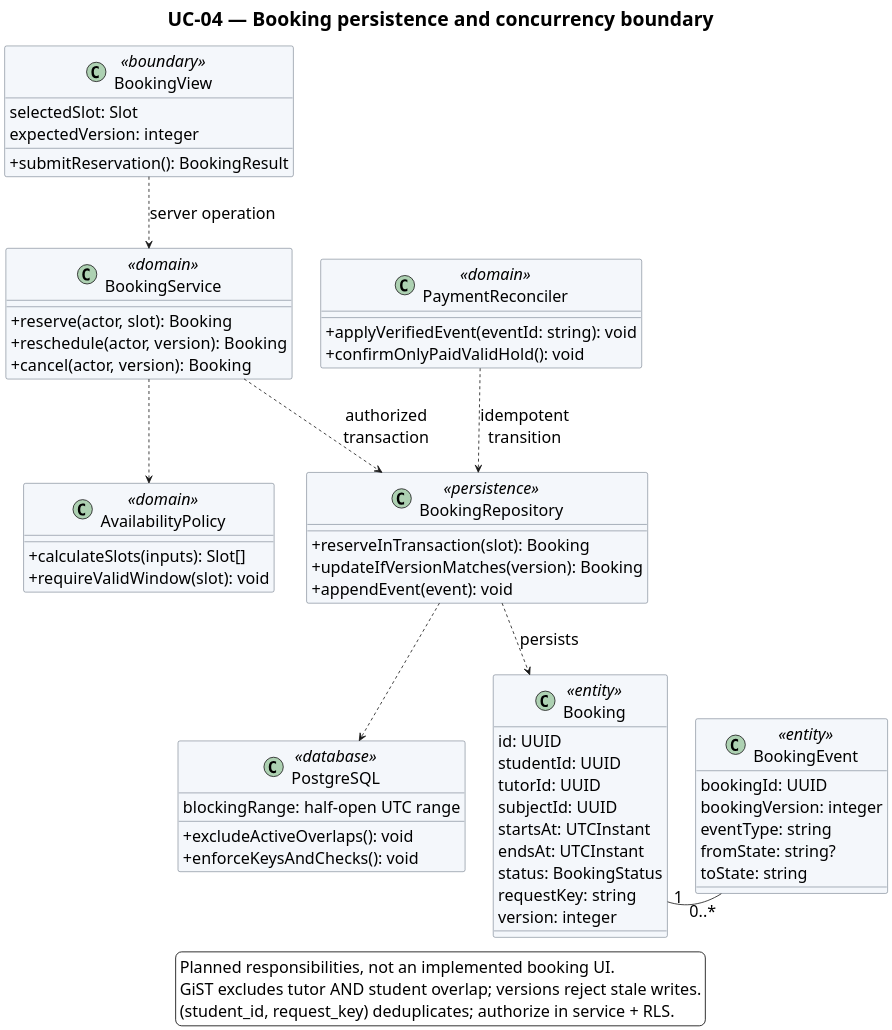
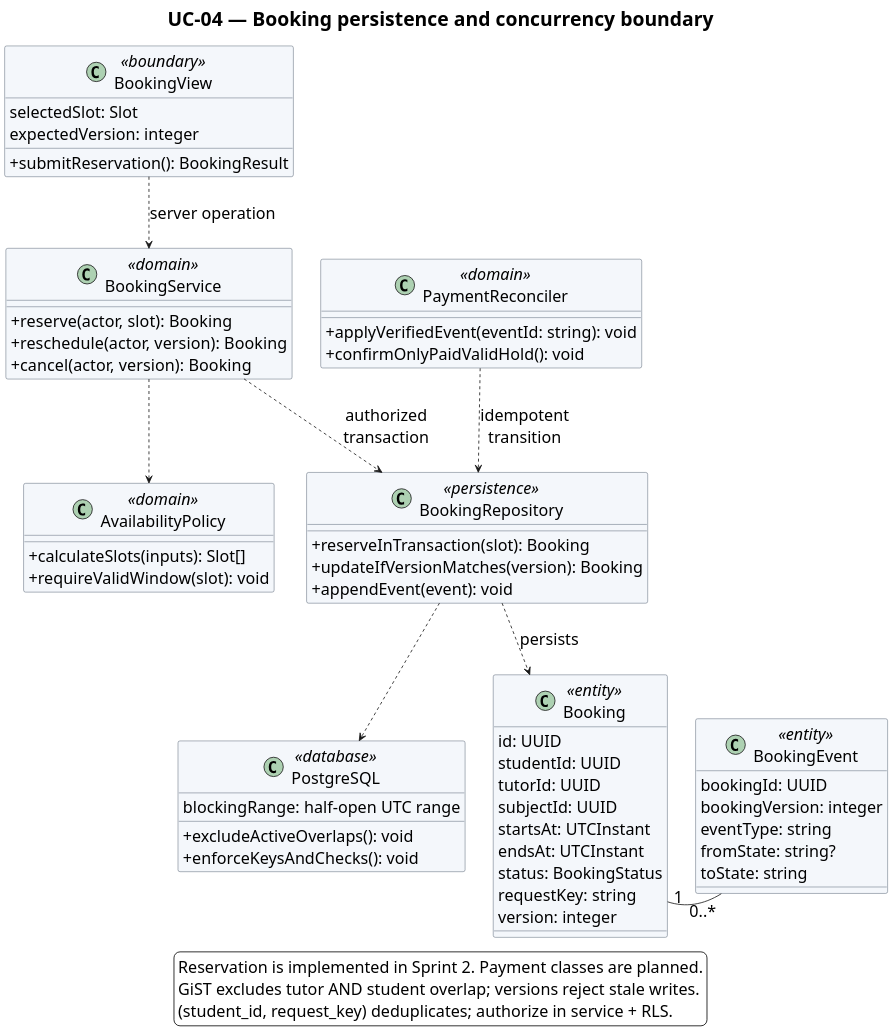
Before and after one commit to addiee13/tutor-plus: the diagram in docs/diagrams/source/class-uc04.puml, drawn with PlantUML. The commit also changed 105 other files, not shown here.

```diff
--- a/docs/diagrams/source/class-uc04.puml
+++ b/docs/diagrams/source/class-uc04.puml
@@ -1,75 +1,75 @@
 @startuml
 title UC-04 — Booking persistence and concurrency boundary
 top to bottom direction
 skinparam backgroundColor white
 skinparam defaultFontName Arial
 skinparam defaultFontSize 20
 skinparam legendFontSize 20
 skinparam noteFontSize 20
 skinparam titleFontSize 24
 skinparam shadowing false
 skinparam dpi 180
 skinparam classAttributeIconSize 0
 skinparam classBackgroundColor #F4F7FB
 skinparam classBorderColor #334155
 class BookingView <<boundary>> {
   selectedSlot: Slot
   expectedVersion: integer
   +submitReservation(): BookingResult
 }
 class BookingService <<domain>> {
   +reserve(actor, slot): Booking
   +reschedule(actor, version): Booking
   +cancel(actor, version): Booking
 }
 class AvailabilityPolicy <<domain>> {
   +calculateSlots(inputs): Slot[]
   +requireValidWindow(slot): void
 }
 class BookingRepository <<persistence>> {
   +reserveInTransaction(slot): Booking
   +updateIfVersionMatches(version): Booking
   +appendEvent(event): void
 }
 class PostgreSQL <<database>> {
   blockingRange: half-open UTC range
   +excludeActiveOverlaps(): void
   +enforceKeysAndChecks(): void
 }
 class Booking <<entity>> {
   id: UUID
   studentId: UUID
   tutorId: UUID
   subjectId: UUID
   startsAt: UTCInstant
   endsAt: UTCInstant
   status: BookingStatus
   requestKey: string
   version: integer
 }
 class BookingEvent <<entity>> {
   bookingId: UUID
   bookingVersion: integer
   eventType: string
   fromState: string?
   toState: string
 }
 class PaymentReconciler <<domain>> {
   +applyVerifiedEvent(eventId: string): void
   +confirmOnlyPaidValidHold(): void
 }
 BookingView ..> BookingService : server operation
 BookingService ..> AvailabilityPolicy
 BookingService ..> BookingRepository : authorized\ntransaction
 BookingRepository ..> PostgreSQL
 BookingRepository ..> Booking : persists
 Booking "1" -- "0..*" BookingEvent
 PaymentReconciler ..> BookingRepository : idempotent\ntransition
 PostgreSQL -[hidden]right- Booking
 Booking -[hidden]right- BookingEvent
 legend bottom
-  Planned responsibilities, not an implemented booking UI.
+  Reservation is implemented in Sprint 2. Payment classes are planned.
   GiST excludes tutor AND student overlap; versions reject stale writes.
   (student_id, request_key) deduplicates; authorize in service + RLS.
 endlegend
 @enduml
```
